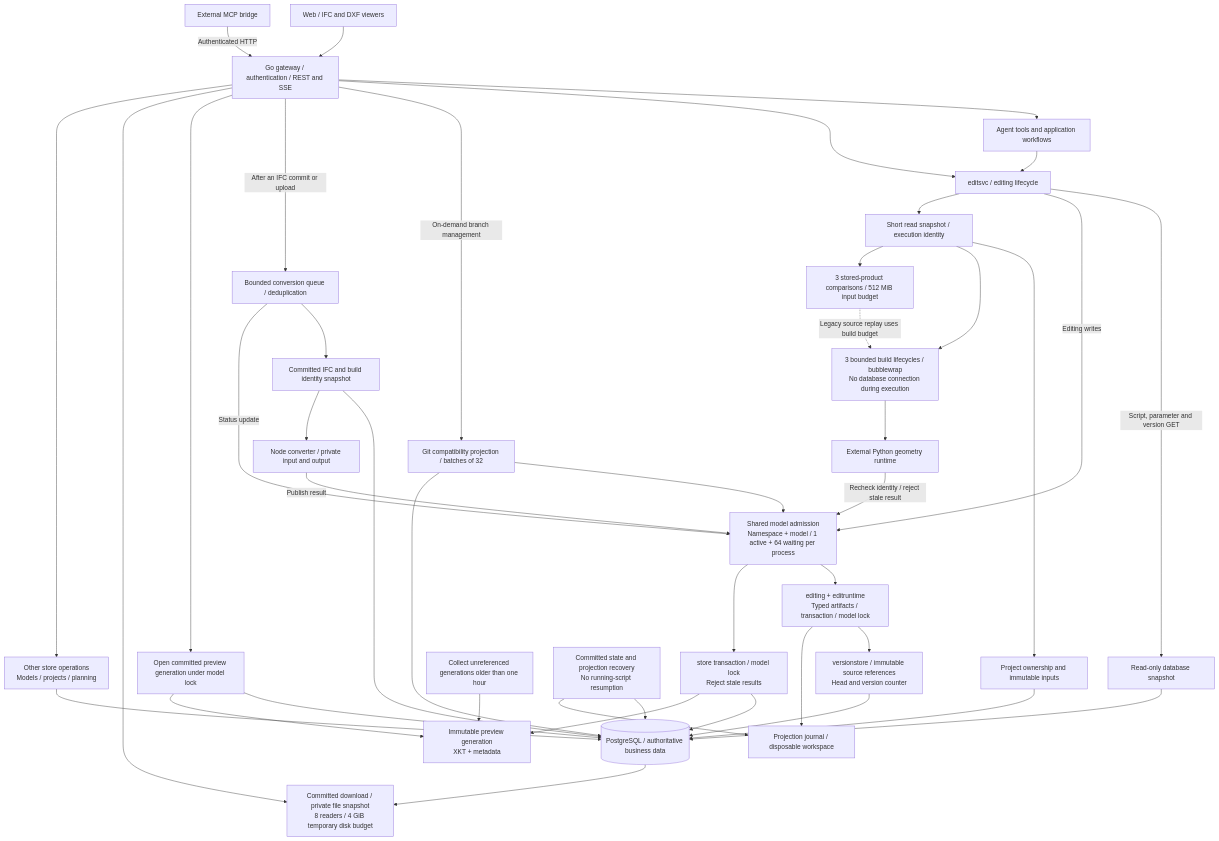
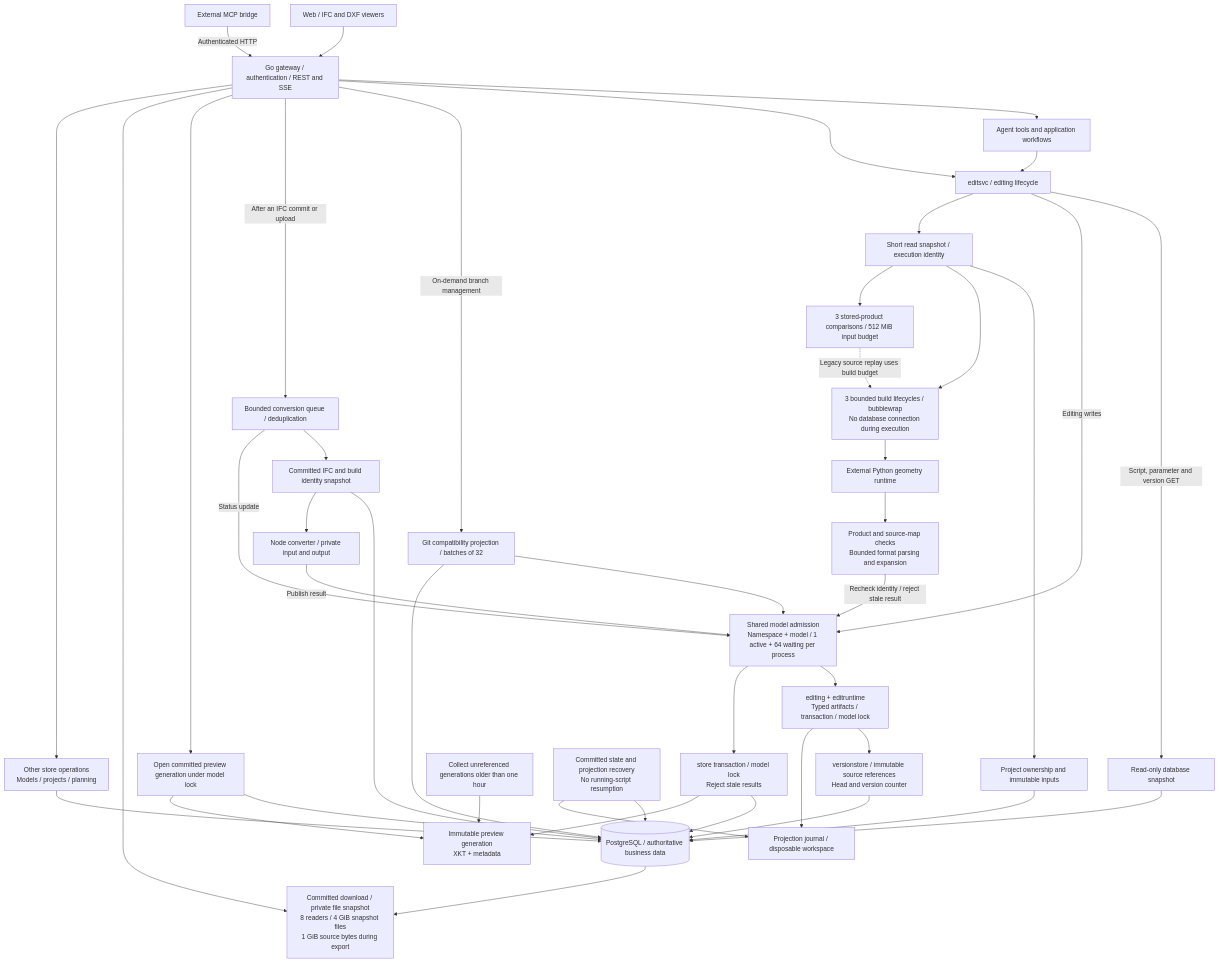
One commit to 0702hjj/SourceAEC changed the first of 2 diagrams in README.md. Above: the diagram before and after it, drawn with Mermaid. The commit also changed other lines of this file and 17 other files, not shown here.

````diff
--- a/README.md
+++ b/README.md
@@ -28,45 +28,46 @@
 ```mermaid
 flowchart TB
     WEB[Web / IFC and DXF viewers] --> API[Go gateway / authentication / REST and SSE]
     MCP[External MCP bridge] -->|Authenticated HTTP| API
     API --> AGENT[Agent tools and application workflows]
     API --> EDIT[editsvc / editing lifecycle]
     AGENT --> EDIT
     EDIT -->|Script, parameter and version GET| READ[Read-only database snapshot]
     READ --> PG[(PostgreSQL / authoritative business data)]
     EDIT -->|Editing writes| GATE[Shared model admission<br/>Namespace + model / 1 active + 64 waiting per process]
     GATE --> WRITE[editing + editruntime<br/>Typed artifacts / transaction / model lock]
     WRITE --> VERSION[versionstore / immutable source references<br/>Head and version counter]
     VERSION --> PG
     API -->|On-demand branch management| GIT[Git compatibility projection / batches of 32]
     GIT --> GATE
     GIT --> PG
     EDIT --> PREP[Short read snapshot / execution identity]
     PREP --> INPUT[Project ownership and immutable inputs]
     INPUT --> PG
     PREP --> SANDBOX[3 bounded build lifecycles / bubblewrap<br/>No database connection during execution]
     PREP --> COMPARE[3 stored-product comparisons / 512 MiB input budget]
     COMPARE -.->|Legacy source replay uses build budget| SANDBOX
     SANDBOX --> PY[External Python geometry runtime]
-    PY -->|Recheck identity / reject stale result| GATE
+    PY --> INSPECT[Product and source-map checks<br/>Bounded format parsing and expansion]
+    INSPECT -->|Recheck identity / reject stale result| GATE
     WRITE --> JOURNAL[Projection journal / disposable workspace]
     API -->|After an IFC commit or upload| QUEUE[Bounded conversion queue / deduplication]
     QUEUE --> SOURCE[Committed IFC and build identity snapshot]
     SOURCE --> PG
     SOURCE --> NODE[Node converter / private input and output]
     NODE -->|Publish result| GATE
     QUEUE -->|Status update| GATE
     GATE --> DERIVED[store transaction / model lock<br/>Reject stale results]
     DERIVED --> PG
     DERIVED --> CACHE[Immutable preview generation<br/>XKT + metadata]
     API --> VIEW[Open committed preview generation under model lock]
     VIEW --> PG
     VIEW --> CACHE
-    API --> DOWNLOAD[Committed download / private file snapshot<br/>8 readers / 4 GiB temporary disk budget]
+    API --> DOWNLOAD[Committed download / private file snapshot<br/>8 readers / 4 GiB snapshot files<br/>1 GiB source bytes during export]
     PG --> DOWNLOAD
     GC[Collect unreferenced generations older than one hour] --> CACHE
     RECOVER[Committed state and projection recovery<br/>No running-script resumption] --> PG
     RECOVER --> JOURNAL
     API --> OTHER[Other store operations<br/>Models / projects / planning]
     OTHER --> PG
 ```
````
